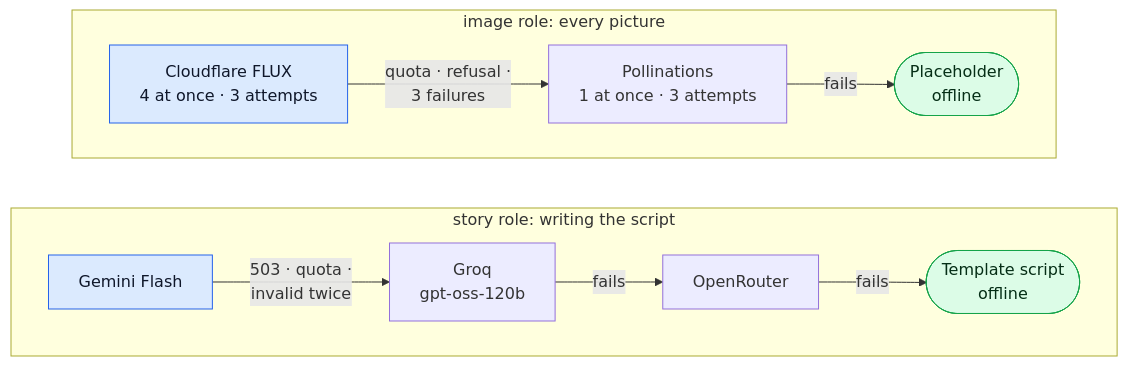
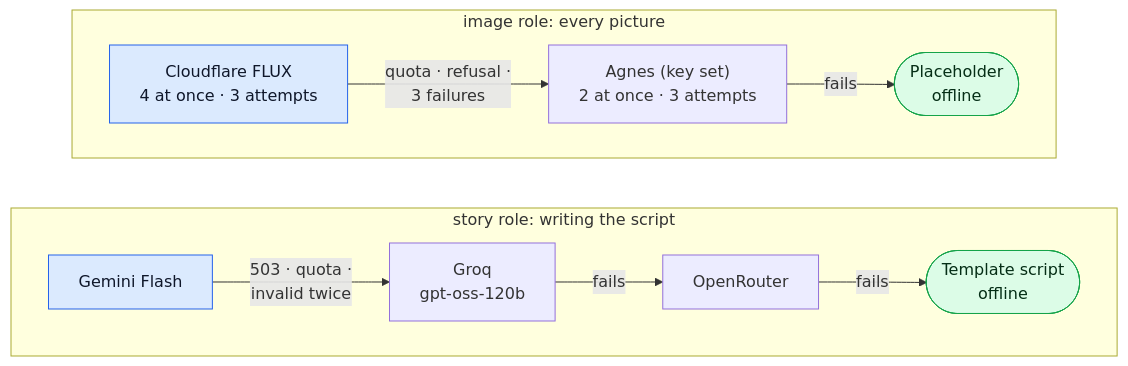
One commit to saad-dafinitiq/Project-Dastango changed the third of 9 diagrams in docs/AGENTS.md. Above: the diagram before and after it, drawn with Mermaid. The commit also changed other lines of this file and 13 other files, not shown here.

````diff
--- a/docs/AGENTS.md
+++ b/docs/AGENTS.md
@@ -149,20 +149,20 @@
 ```mermaid
 flowchart LR
     subgraph storyR["story role: writing the script"]
         direction LR
         g["Gemini Flash"] -- "503 · quota ·<br/>invalid twice" --> q["Groq<br/>gpt-oss-120b"]
         q -- "fails" --> o["OpenRouter"]
         o -- "fails" --> tpl(["Template script<br/>offline"])
     end
 
     subgraph imageR["image role: every picture"]
         direction LR
-        c["Cloudflare FLUX<br/>4 at once · 3 attempts"] -- "quota · refusal ·<br/>3 failures" --> pol["Pollinations<br/>1 at once · 3 attempts"]
+        c["Cloudflare FLUX<br/>4 at once · 3 attempts"] -- "quota · refusal ·<br/>3 failures" --> pol["Agnes (key set)<br/>2 at once · 3 attempts"]
         pol -- "fails" --> ph(["Placeholder<br/>offline"])
     end
 
     classDef first fill:#dbeafe,stroke:#2563eb,color:#0f172a
     classDef last fill:#dcfce7,stroke:#16a34a,color:#052e16
     class g,c first
     class tpl,ph last
 ```
````
